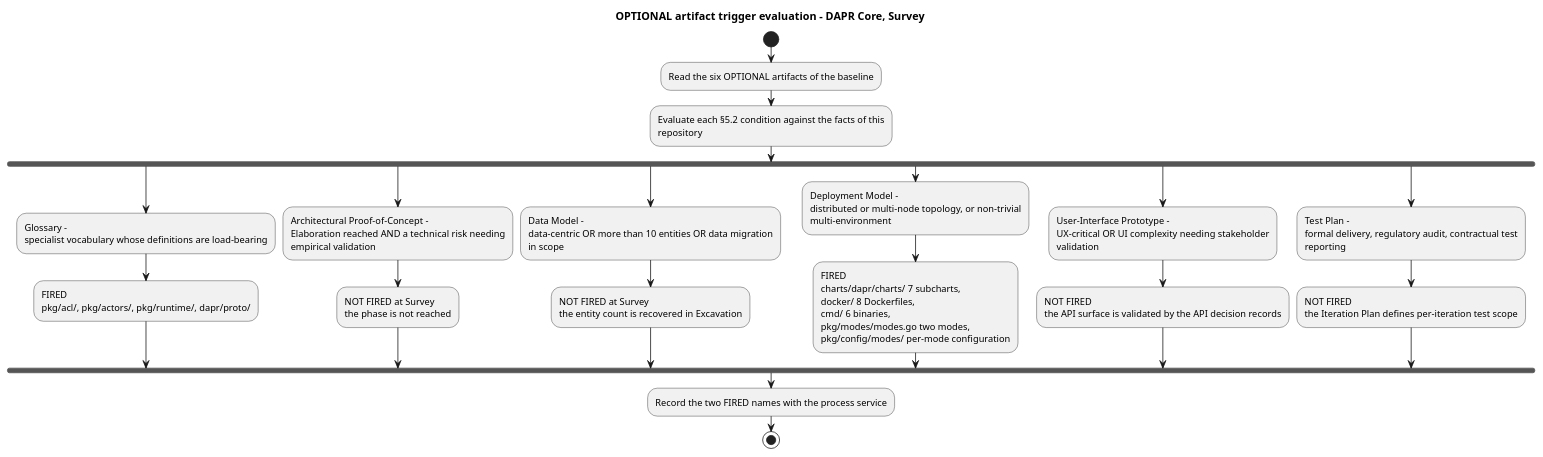
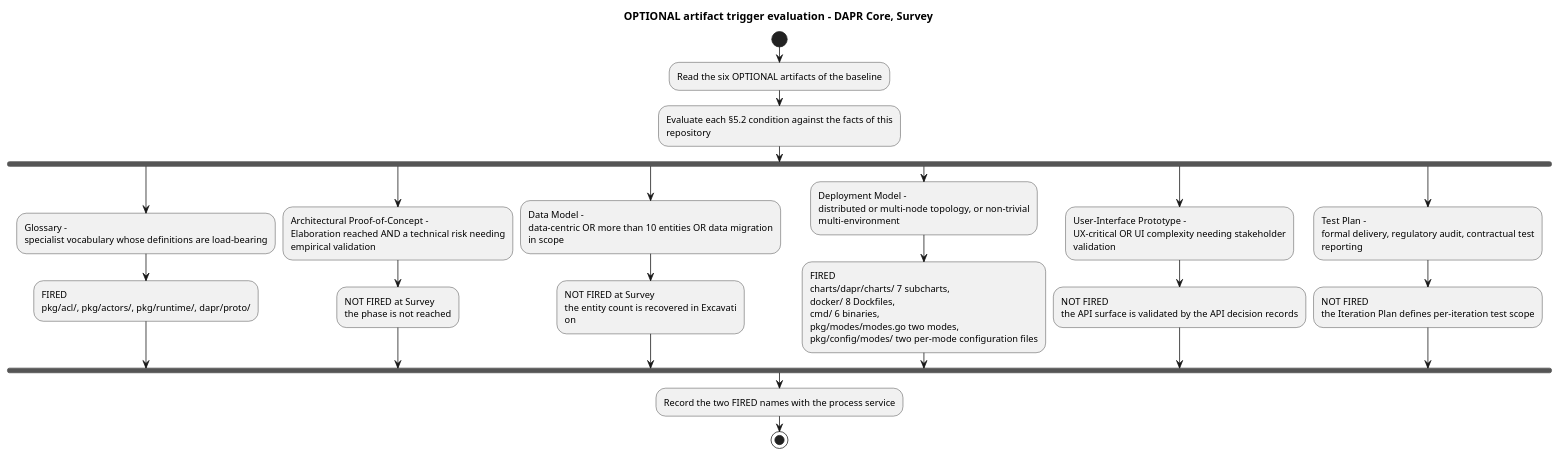
One commit to banense-test/dapr changed the third of 5 diagrams in docs/artifacts/environment/development-case.md. Above: the diagram before and after it, drawn with PlantUML. The commit also changed other lines of this file, not shown here.

````diff
--- a/docs/artifacts/environment/development-case.md
+++ b/docs/artifacts/environment/development-case.md
@@ -268,47 +267,48 @@
 ```plantuml
 @startuml
 title OPTIONAL artifact trigger evaluation - DAPR Core, Survey
 skinparam wrapWidth 320
 
 start
 :Read the six OPTIONAL artifacts of the baseline;
 :Evaluate each §5.2 condition against the facts of this repository;
 fork
   :Glossary -
   specialist vocabulary whose definitions are load-bearing;
   :FIRED
   pkg/acl/, pkg/actors/, pkg/runtime/, dapr/proto/;
 fork again
   :Architectural Proof-of-Concept -
   Elaboration reached AND a technical risk needing empirical validation;
   :NOT FIRED at Survey
   the phase is not reached;
 fork again
   :Data Model -
   data-centric OR more than 10 entities OR data migration in scope;
   :NOT FIRED at Survey
-  the entity count is recovered in Excavation;
+  the entity count is recovered in Excavati
+  on;
 fork again
   :Deployment Model -
   distributed or multi-node topology, or non-trivial multi-environment;
   :FIRED
   charts/dapr/charts/ 7 subcharts,
-  docker/ 8 Dockerfiles,
+  docker/ 8 Dockfiles,
   cmd/ 6 binaries,
   pkg/modes/modes.go two modes,
-  pkg/config/modes/ per-mode configuration;
+  pkg/config/modes/ two per-mode configuration files;
 fork again
   :User-Interface Prototype -
   UX-critical OR UI complexity needing stakeholder validation;
   :NOT FIRED
   the API surface is validated by the API decision records;
 fork again
   :Test Plan -
   formal delivery, regulatory audit, contractual test reporting;
   :NOT FIRED
   the Iteration Plan defines per-iteration test scope;
 end fork
 :Record the two FIRED names with the process service;
 stop
 @enduml
 ```
````
